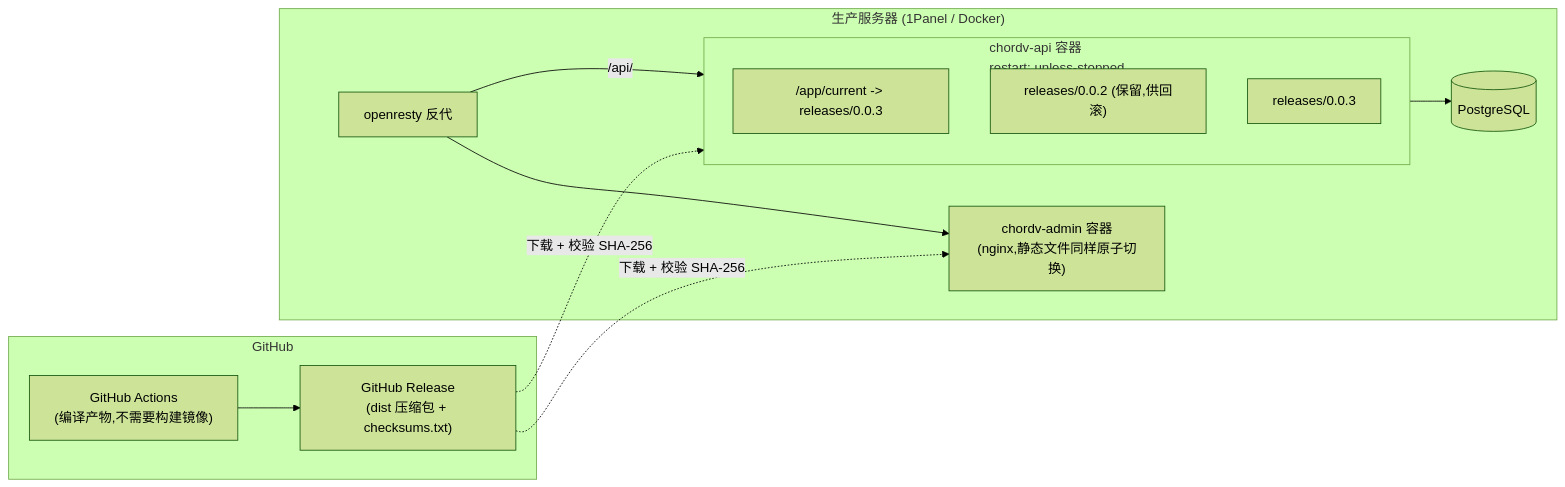
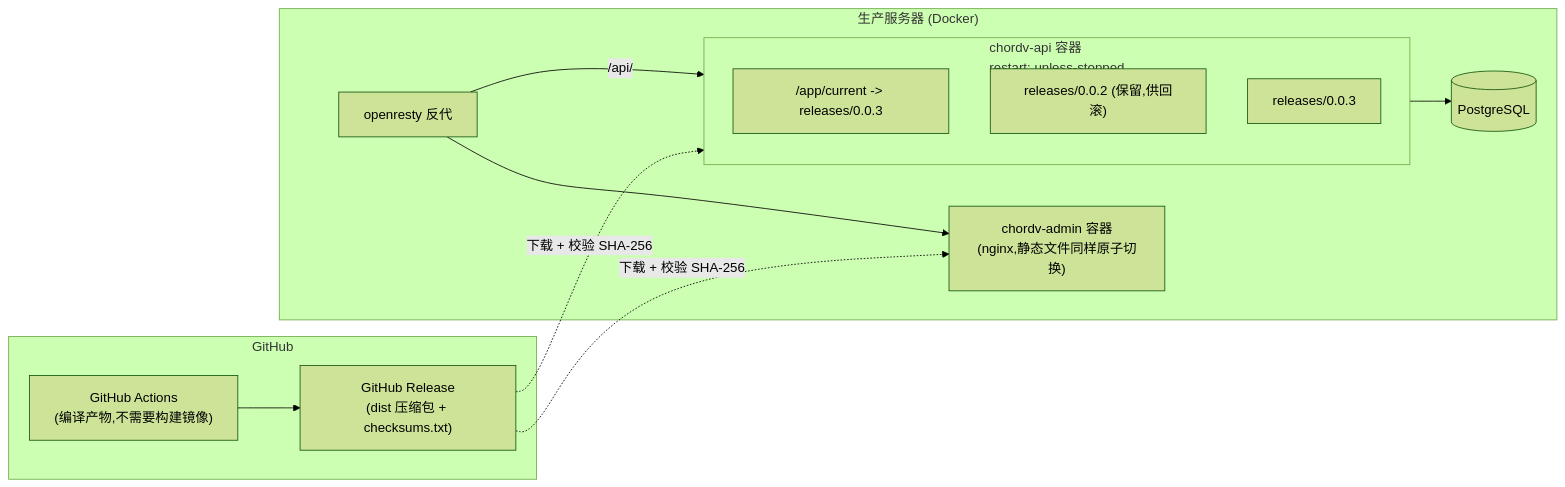
The first of 2 diagrams in docs/prd/backend-self-update.md (Achordchan/ChordV), drawn with Mermaid (forest theme) before and after one commit. The commit also changed other lines of this file and 70 other files, not shown here.

````diff
--- a/docs/prd/backend-self-update.md
+++ b/docs/prd/backend-self-update.md
@@ -137,26 +137,26 @@
 ```mermaid
 flowchart LR
     subgraph GH["GitHub"]
         CI["GitHub Actions\n(编译产物,不需要构建镜像)"]
         Rel["GitHub Release\n(dist 压缩包 + checksums.txt)"]
         CI --> Rel
     end
 
-    subgraph Server["生产服务器 (1Panel / Docker)"]
+    subgraph Server["生产服务器 (Docker)"]
         subgraph ApiC["chordv-api 容器\nrestart: unless-stopped"]
             Cur["/app/current -> releases/0.0.3"]
             Old["releases/0.0.2 (保留,供回滚)"]
             New["releases/0.0.3"]
         end
         AdminC["chordv-admin 容器\n(nginx,静态文件同样原子切换)"]
         Openresty["openresty 反代"]
         PG[(PostgreSQL)]
 
         Openresty --> AdminC
         Openresty -->|"/api/"| ApiC
         ApiC --> PG
     end
 
     Rel -.下载 + 校验 SHA-256.-> ApiC
     Rel -.下载 + 校验 SHA-256.-> AdminC
 ```
````
